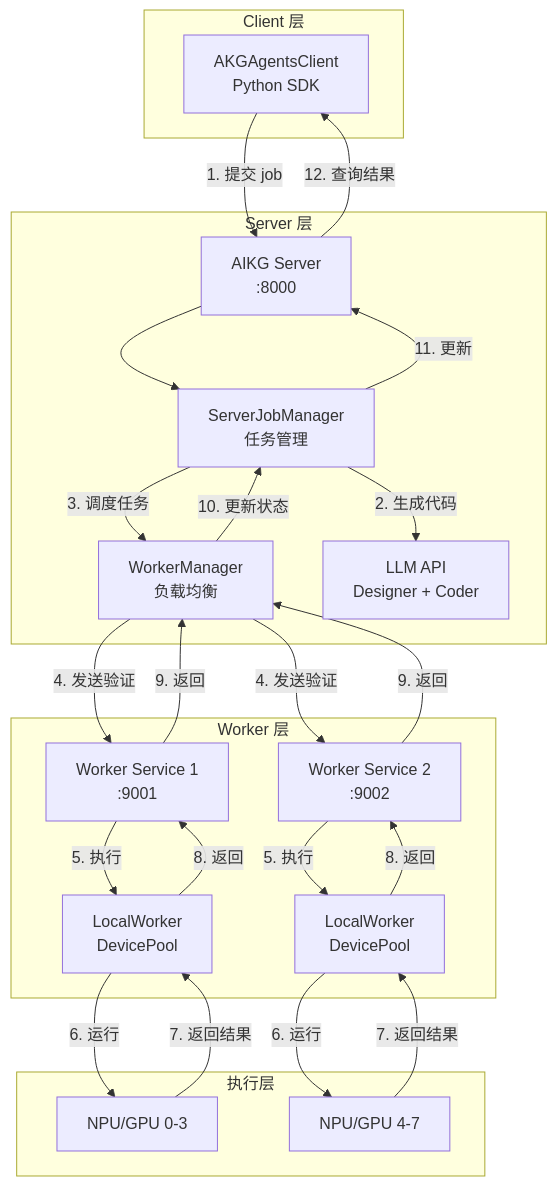
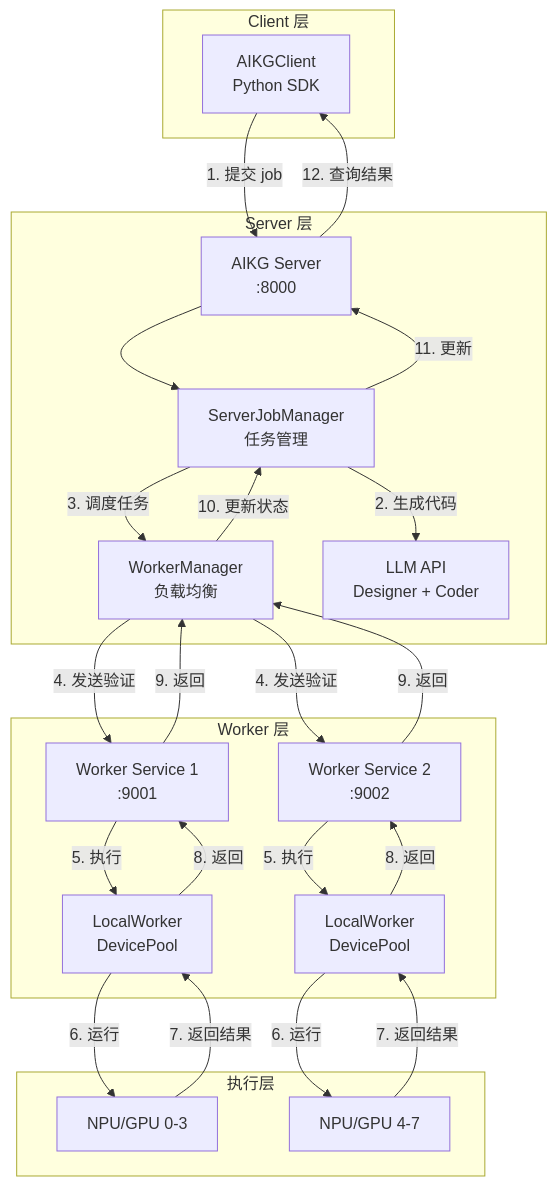
The first of 2 diagrams in akg_agents/docs/v1/CN/ServerArchitecture.md (mindspore-ai/akg), drawn with Mermaid before and after one commit. The commit also changed other lines of this file and 48 other files, not shown here.

````diff
--- a/akg_agents/docs/v1/CN/ServerArchitecture.md
+++ b/akg_agents/docs/v1/CN/ServerArchitecture.md
@@ -18,45 +18,45 @@
 ```mermaid
 graph TB
     subgraph "Client 层"
-        Client[AKGAgentsClient<br/>Python SDK]
+        Client[AIKGClient<br/>Python SDK]
     end
     
     subgraph "Server 层"
         Server[AIKG Server<br/>:8000]
         JobMgr[ServerJobManager<br/>任务管理]
         WorkerMgr[WorkerManager<br/>负载均衡]
         LLM[LLM API<br/>Designer + Coder]
     end
     
     subgraph "Worker 层"
         WorkerSvc1[Worker Service 1<br/>:9001]
         WorkerSvc2[Worker Service 2<br/>:9002]
         LocalWorker1[LocalWorker<br/>DevicePool]
         LocalWorker2[LocalWorker<br/>DevicePool]
     end
     
     subgraph "执行层"
         Device1[NPU/GPU 0-3]
         Device2[NPU/GPU 4-7]
     end
     
     Client -->|1. 提交 job| Server
     Server --> JobMgr
     JobMgr -->|2. 生成代码| LLM
     JobMgr -->|3. 调度任务| WorkerMgr
     WorkerMgr -->|4. 发送验证| WorkerSvc1
     WorkerMgr -->|4. 发送验证| WorkerSvc2
     WorkerSvc1 -->|5. 执行| LocalWorker1
     WorkerSvc2 -->|5. 执行| LocalWorker2
     LocalWorker1 -->|6. 运行| Device1
     LocalWorker2 -->|6. 运行| Device2
     Device1 -->|7. 返回结果| LocalWorker1
     Device2 -->|7. 返回结果| LocalWorker2
     LocalWorker1 -->|8. 返回| WorkerSvc1
     LocalWorker2 -->|8. 返回| WorkerSvc2
     WorkerSvc1 -->|9. 返回| WorkerMgr
     WorkerSvc2 -->|9. 返回| WorkerMgr
     WorkerMgr -->|10. 更新状态| JobMgr
     JobMgr -->|11. 更新| Server
     Server -->|12. 查询结果| Client
 ```
````
